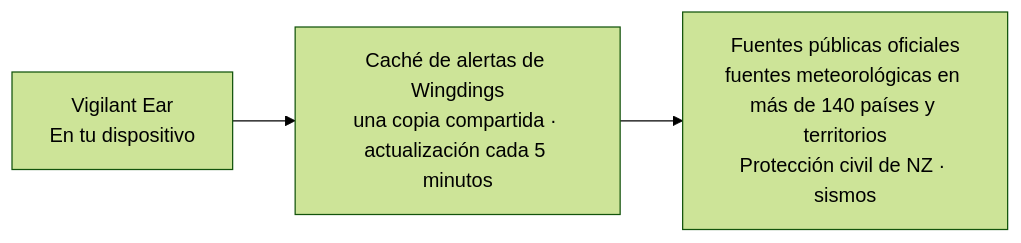
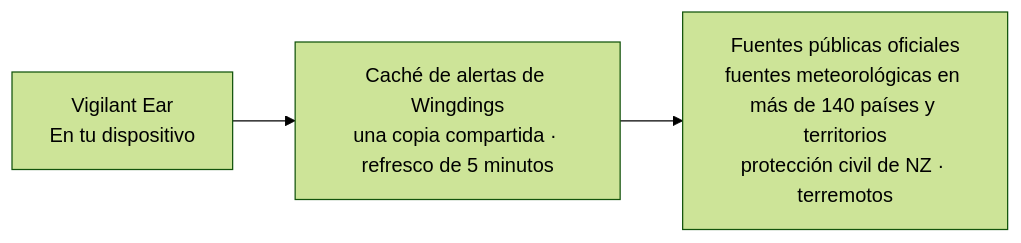
One commit to rpalm01-star/VigilantEarLegal changed the fourth of 4 diagrams in README_es.md. Above: the diagram before and after it, drawn with Mermaid (forest theme). The commit also changed other lines of this file and 14 other files, not shown here.

````diff
--- a/README_es.md
+++ b/README_es.md
@@ -182,5 +201,5 @@
 ```mermaid
 graph LR
-    P1["Vigilant Ear<br/>En tu dispositivo"] --> W["Caché de alertas de Wingdings<br/>una copia compartida · actualización cada 5 minutos"]
-    W --> N["Fuentes públicas oficiales<br/>fuentes meteorológicas en más de 140 países y territorios<br/>Protección civil de NZ · sismos"]
+    P1["Vigilant Ear<br/>En tu dispositivo"] --> W["Caché de alertas de Wingdings<br/>una copia compartida · refresco de 5 minutos"]
+    W --> N["Fuentes públicas oficiales<br/>fuentes meteorológicas en más de 140 países y territorios<br/>protección civil de NZ · terremotos"]
 ```
````
